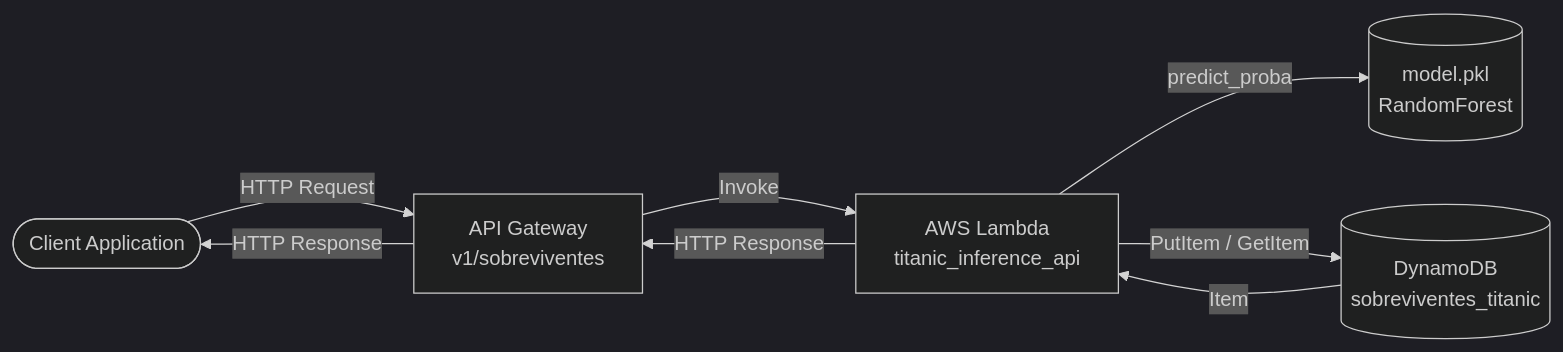
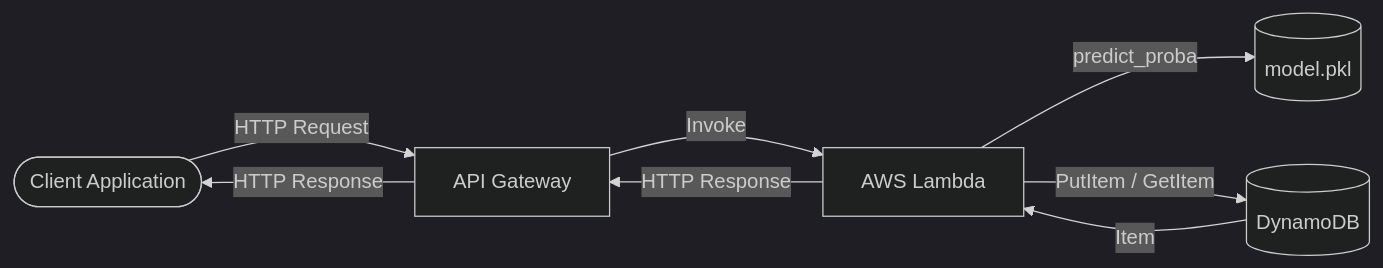
Before and after one commit to sophie-pyxis/mlops_engineer_test_01: the first of 3 diagrams in README.md, drawn with Mermaid (dark theme). The commit also changed other lines of this file, not shown here.

Commit message:
docs(README): corrige labels dos diagramas Mermaid removendo quebras de linha incompatíveis

````diff
--- a/README.md
+++ b/README.md
@@ -9,16 +9,16 @@
 ```mermaid
 flowchart LR
     Client([Client Application])
-    APIGW[API Gateway\nv1/sobreviventes]
-    Lambda[AWS Lambda\ntitanic_inference_api]
-    Model[(model.pkl\nRandomForest)]
-    Dynamo[(DynamoDB\nsobreviventes_titanic)]
+    APIGW[API Gateway]
+    Lambda[AWS Lambda]
+    Model[(model.pkl)]
+    Dynamo[(DynamoDB)]
 
     Client -->|HTTP Request| APIGW
     APIGW -->|Invoke| Lambda
     Lambda -->|predict_proba| Model
     Lambda -->|PutItem / GetItem| Dynamo
     Dynamo -->|Item| Lambda
     Lambda -->|HTTP Response| APIGW
     APIGW -->|HTTP Response| Client
 ```
````
